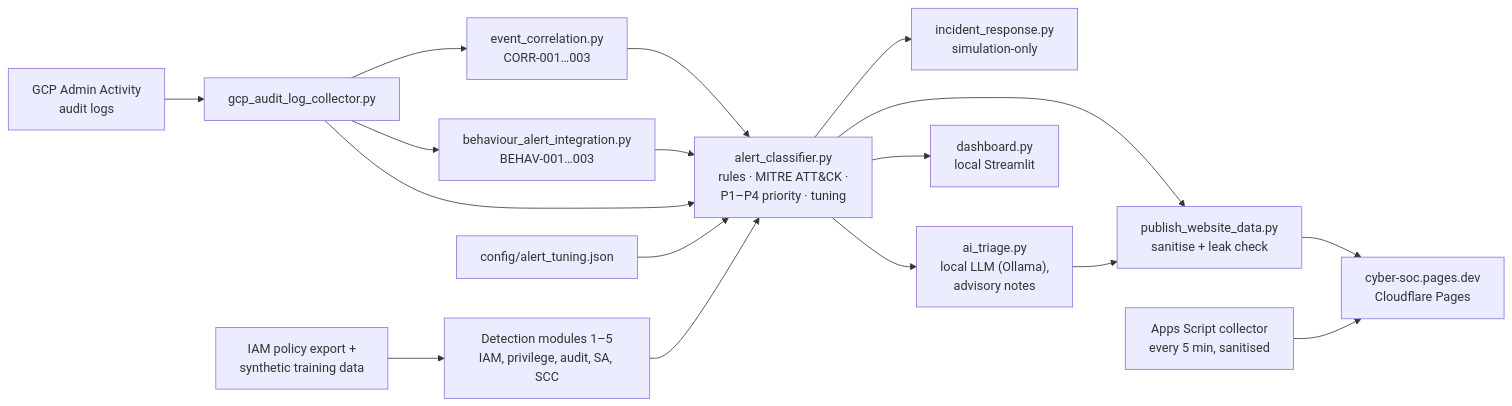
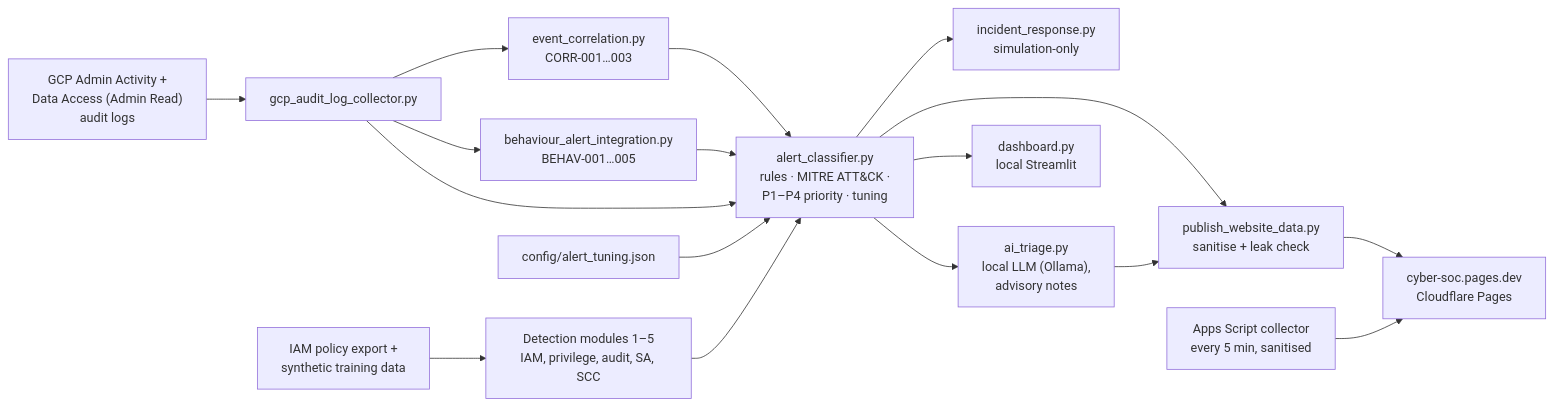
One commit to Rohith1402/GCP-Cloud-Threat-Detection-IR changed the diagram in README.md. Above: the diagram before and after it, drawn with Mermaid. The commit also changed other lines of this file and 12 other files, not shown here.

Commit message:
Add Discovery detection on real Data Access logs (BEHAV-004/005), tune BEHAV-005 on real data, merge-based collector, remove project identifiers from repo

````diff
--- a/README.md
+++ b/README.md
@@ -36,22 +36,22 @@
 ```mermaid
 flowchart LR
-    GCP["GCP Admin Activity<br/>audit logs"] --> COL["gcp_audit_log_collector.py"]
+    GCP["GCP Admin Activity +<br/>Data Access (Admin Read)<br/>audit logs"] --> COL["gcp_audit_log_collector.py"]
     TRAIN["IAM policy export +<br/>synthetic training data"] --> MOD["Detection modules 1–5<br/>IAM, privilege, audit, SA, SCC"]
 
     COL --> CORR["event_correlation.py<br/>CORR-001…003"]
-    COL --> BEH["behaviour_alert_integration.py<br/>BEHAV-001…003"]
+    COL --> BEH["behaviour_alert_integration.py<br/>BEHAV-001…005"]
     COL --> CLS
     MOD --> CLS
     CORR --> CLS
     BEH --> CLS
     TUNE["config/alert_tuning.json"] --> CLS
 
     CLS["alert_classifier.py<br/>rules · MITRE ATT&CK ·<br/>P1–P4 priority · tuning"] --> IR["incident_response.py<br/>simulation-only"]
     CLS --> PUB["publish_website_data.py<br/>sanitise + leak check"]
     CLS --> DASH["dashboard.py<br/>local Streamlit"]
     CLS --> AI["ai_triage.py<br/>local LLM (Ollama),<br/>advisory notes"]
     AI --> PUB
 
     PUB --> SITE["cyber-soc.pages.dev<br/>Cloudflare Pages"]
     APPS["Apps Script collector<br/>every 5 min, sanitised"] --> SITE
 ```
````
